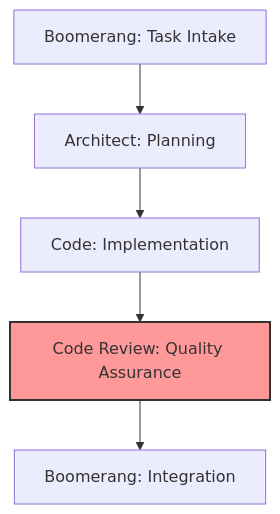
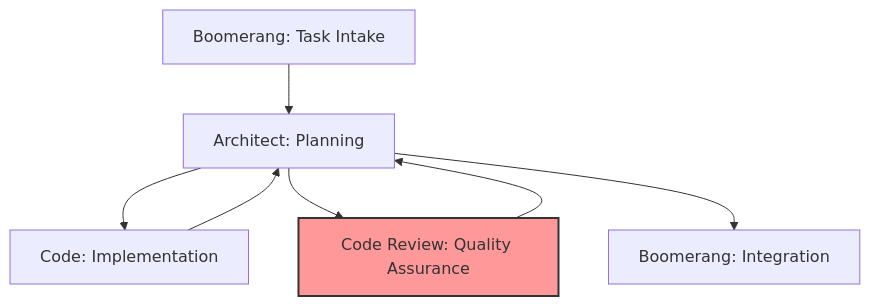
The diagram in templates/system-prompts/system-prompt-code-review.md (Hive-Academy/roocode-generator), drawn with Mermaid before and after one commit. The commit also changed other lines of this file and 5 other files, not shown here.

````diff
--- a/templates/system-prompts/system-prompt-code-review.md
+++ b/templates/system-prompts/system-prompt-code-review.md
@@ -794,9 +795,11 @@
 ```mermaid
 graph TD
     A[Boomerang: Task Intake] --> B[Architect: Planning]
     B --> C[Code: Implementation]
-    C --> D[Code Review: Quality Assurance]
-    D --> E[Boomerang: Integration]
+    C --> B
+    B --> D[Code Review: Quality Assurance]
+    D --> B
+    B --> E[Boomerang: Integration]
 
     style D fill:#ff9999,stroke:#333,stroke-width:2px
 ```
````
